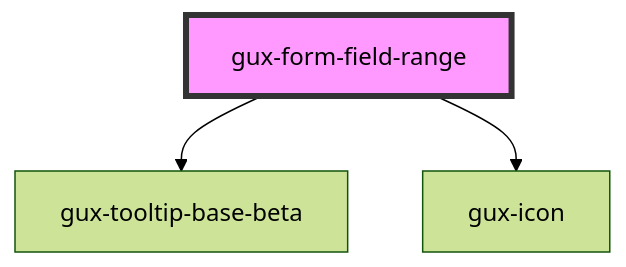
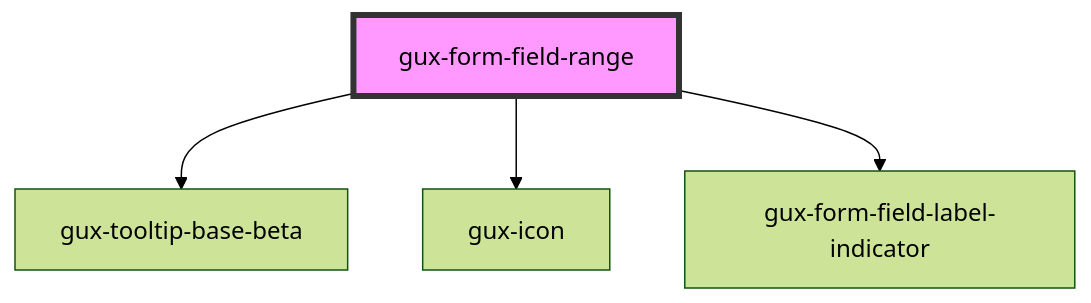
One commit to MyPureCloud/genesys-spark changed the diagram in packages/genesys-spark-components/src/components/stable/gux-form-field/components/gux-form-field-range/readme.md. Above: the diagram before and after it, drawn with Mermaid (forest theme). The commit also changed other lines of this file and 49 other files, not shown here.

First line of the commit message:
feat(other): Add form field optional indicator files

````diff
--- a/packages/genesys-spark-components/src/components/stable/gux-form-field/components/gux-form-field-range/readme.md
+++ b/packages/genesys-spark-components/src/components/stable/gux-form-field/components/gux-form-field-range/readme.md
@@ -35,6 +36,7 @@
 ```mermaid
 graph TD;
   gux-form-field-range --> gux-tooltip-base-beta
   gux-form-field-range --> gux-icon
+  gux-form-field-range --> gux-form-field-label-indicator
   style gux-form-field-range fill:#f9f,stroke:#333,stroke-width:4px
 ```
````
